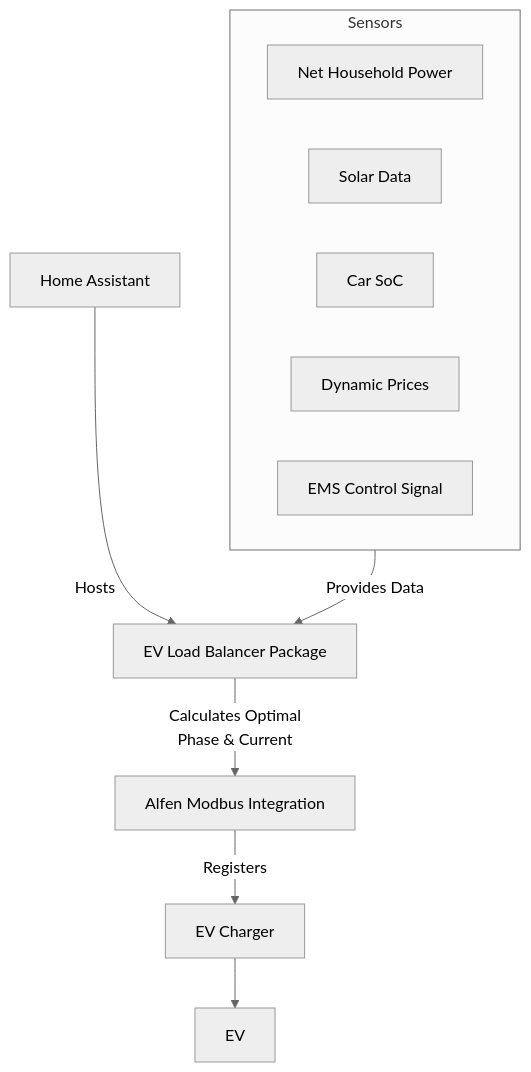
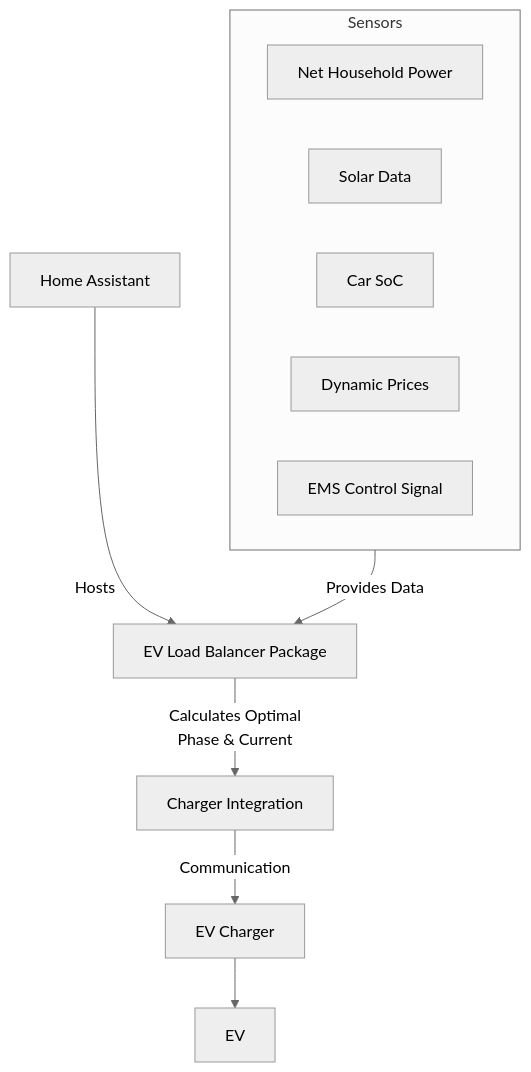
Before and after one commit to straybiker/HA-load-balancer: the first of 2 diagrams in README.md, drawn with Mermaid (neutral theme).

Commit message:
Update README.md for integration details

````diff
--- a/README.md
+++ b/README.md
@@ -34,20 +34,20 @@
 ```mermaid
 graph TD
     HA[Home Assistant]
     LB[EV Load Balancer Package]
     HA -->|Hosts| LB
 
     subgraph Sensors
         HS[Net Household Power]
         PV[Solar Data]
         car[Car SoC]
         Prices[Dynamic Prices]
         EMS[EMS Control Signal]
     end
 
     Sensors -->|Provides Data| LB
 
-    LB -->|Calculates Optimal<br>Phase & Current| Modbus[Alfen Modbus Integration]
-    Modbus -->|Registers| Charger[EV Charger]
+    LB -->|Calculates Optimal<br>Phase & Current| Integration[Charger Integration]
+    Integration -->|Communication| Charger[EV Charger]
     Charger --> EV
 ```
````
